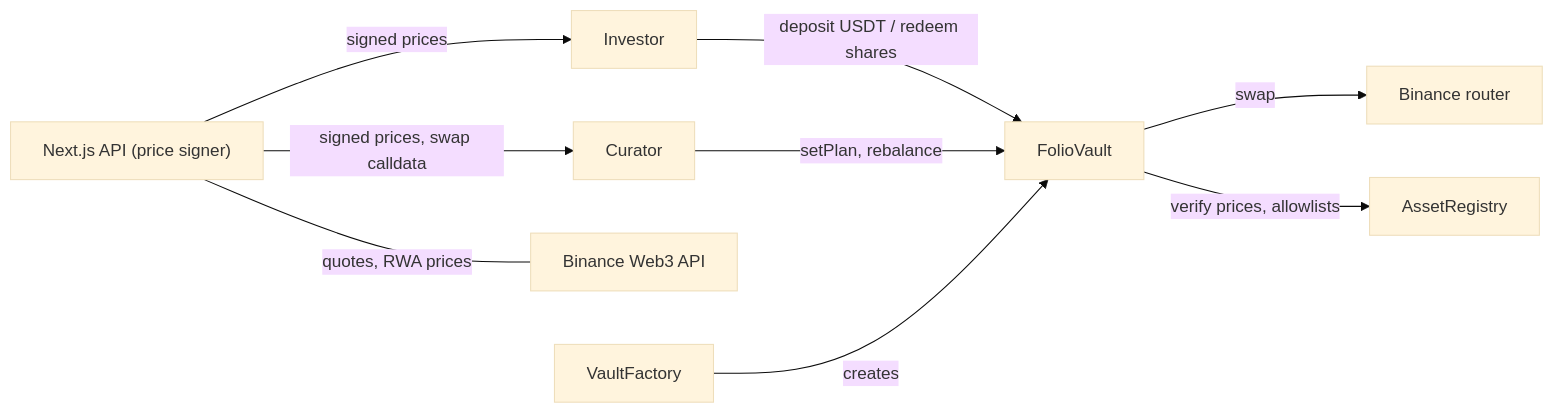
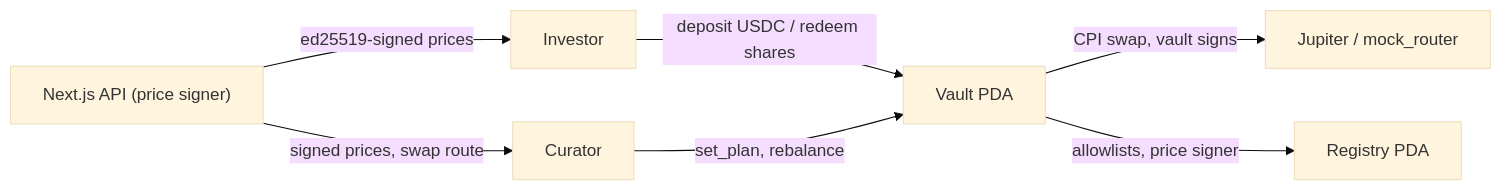
One commit to JV-GG/Foliolab-solana changed the diagram in README.md. Above: the diagram before and after it, drawn with Mermaid (base theme). The commit also changed other lines of this file and 1 other file, not shown here.

````diff
--- a/README.md
+++ b/README.md
@@ -41,11 +27,9 @@
 ```mermaid
 flowchart LR
-    Investor -- "deposit USDT / redeem shares" --> Vault[FolioVault]
-    Curator -- "setPlan, rebalance" --> Vault
-    Vault -- "swap" --> Router[Binance router]
-    API["Next.js API (price signer)"] -- "signed prices" --> Investor
-    API -- "signed prices, swap calldata" --> Curator
-    API -- "quotes, RWA prices" --- Binance[Binance Web3 API]
-    Vault -- "verify prices, allowlists" --> Registry[AssetRegistry]
-    Factory[VaultFactory] -- creates --> Vault
+    Investor -- "deposit USDC / redeem shares" --> Vault[Vault PDA]
+    Curator -- "set_plan, rebalance" --> Vault
+    Vault -- "CPI swap, vault signs" --> Router[Jupiter / mock_router]
+    API["Next.js API (price signer)"] -- "ed25519-signed prices" --> Investor
+    API -- "signed prices, swap route" --> Curator
+    Vault -- "allowlists, price signer" --> Registry[Registry PDA]
 ```
````
